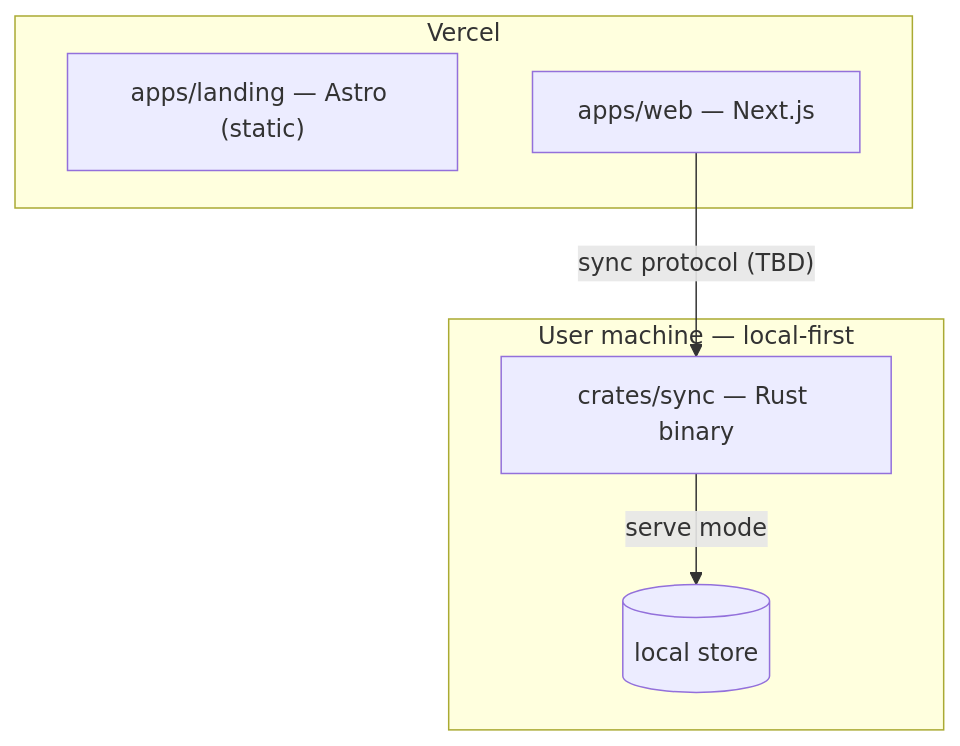
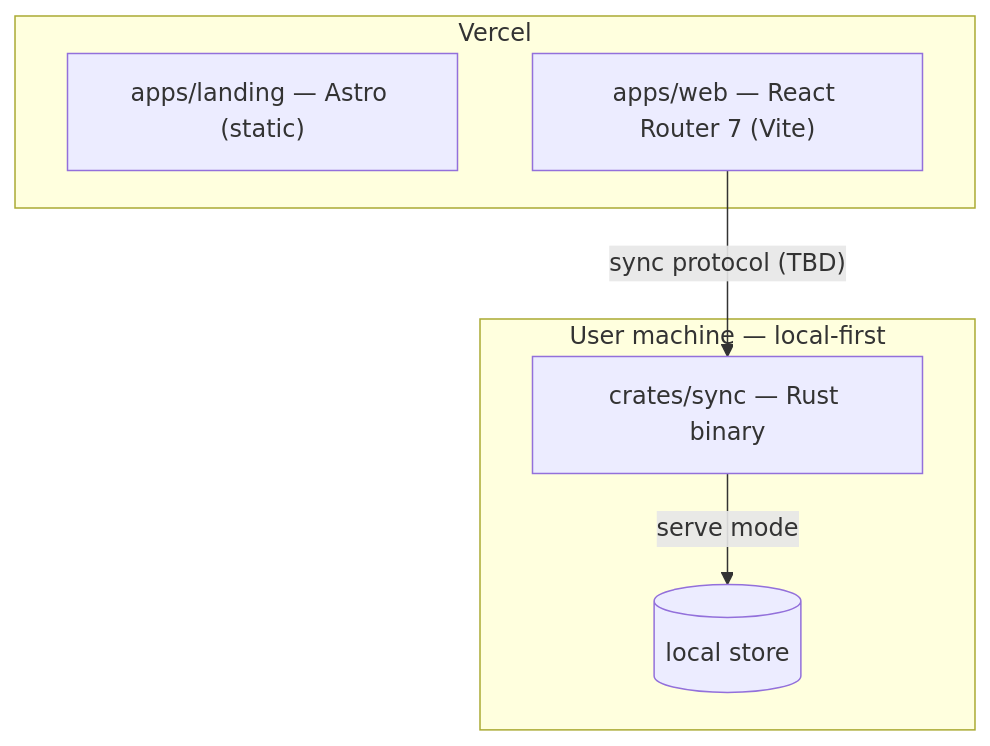
One commit to fractalboxdev/superai2026 changed the diagram in CLAUDE.md. Above: the diagram before and after it, drawn with Mermaid. The commit also changed other lines of this file and 39 other files, not shown here.

````diff
--- a/CLAUDE.md
+++ b/CLAUDE.md
@@ -59,13 +59,13 @@
 ```mermaid
 flowchart TD
     subgraph Vercel
         L["apps/landing — Astro (static)"]
-        W["apps/web — Next.js"]
+        W["apps/web — React Router 7 (Vite)"]
     end
     subgraph Local["User machine — local-first"]
         S["crates/sync — Rust binary"]
         DB[("local store")]
         S -->|serve mode| DB
     end
     W -->|"sync protocol (TBD)"| S
 ```
````
